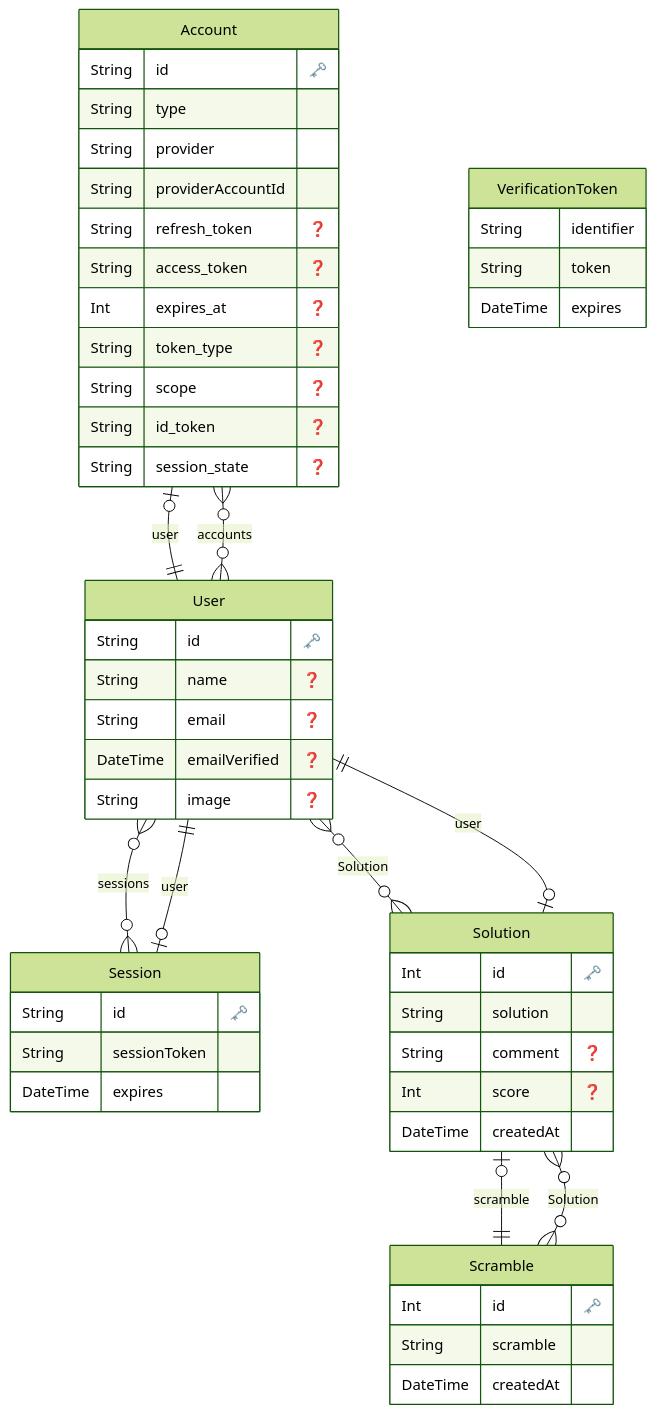
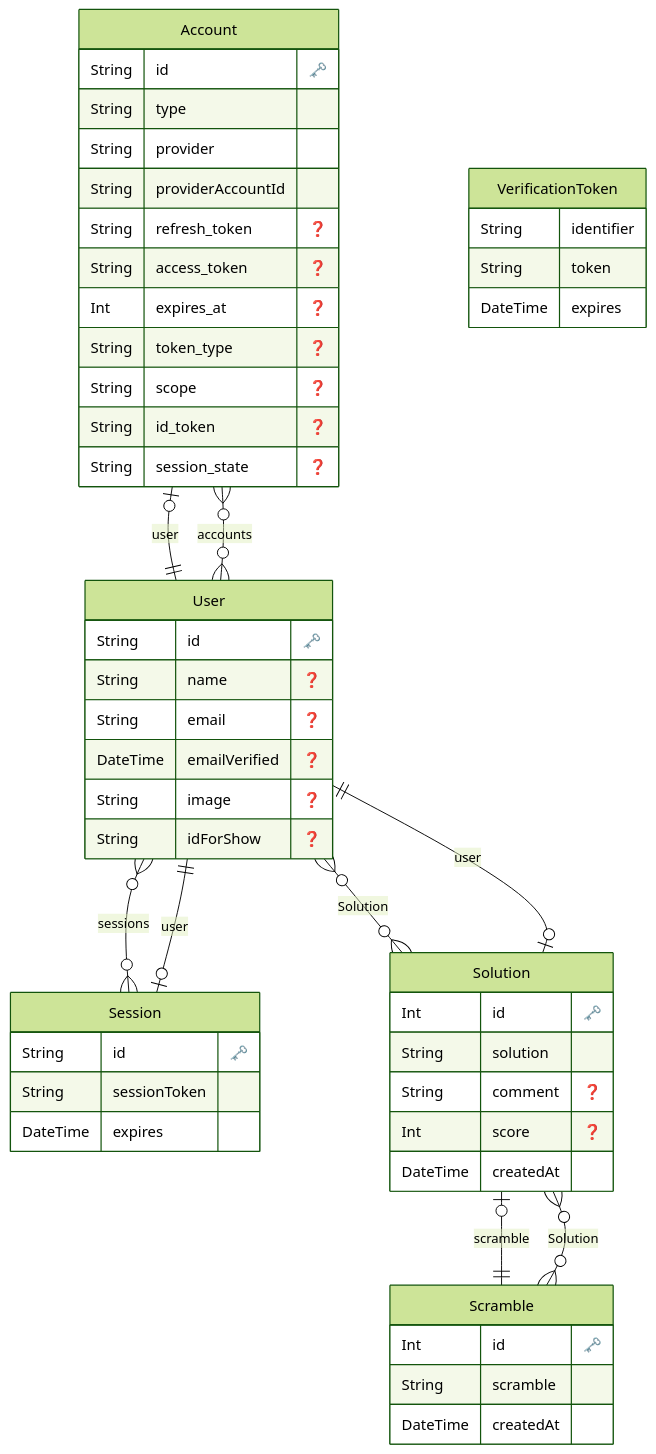
Before and after one commit to sKawashima/fmc-logger: the diagram in prisma/README.md, drawn with Mermaid (forest theme). The commit also changed 2 other files, not shown here.

Commit message:
🔧 chore(prisma): update schema to add 'idForShow' field to User model 🔧 chore(prisma): add migration to create 'idForShow' column in User table and add unique constraint on it

````diff
--- a/prisma/README.md
+++ b/prisma/README.md
@@ -1,65 +1,66 @@
 ```mermaid
 erDiagram
 
   "Account" {
     String id "🗝️"
     String type
     String provider
     String providerAccountId
     String refresh_token "❓"
     String access_token "❓"
     Int expires_at "❓"
     String token_type "❓"
     String scope "❓"
     String id_token "❓"
     String session_state "❓"
     }
 
 
   "Session" {
     String id "🗝️"
     String sessionToken
     DateTime expires
     }
 
 
   "User" {
     String id "🗝️"
     String name "❓"
     String email "❓"
     DateTime emailVerified "❓"
     String image "❓"
+    String idForShow "❓"
     }
 
 
   "VerificationToken" {
     String identifier
     String token
     DateTime expires
     }
 
 
   "Scramble" {
     Int id "🗝️"
     String scramble
     DateTime createdAt
     }
 
 
   "Solution" {
     Int id "🗝️"
     String solution
     String comment "❓"
     Int score "❓"
     DateTime createdAt
     }
 
     "Account" o|--|| "User" : "user"
     "Session" o|--|| "User" : "user"
     "User" o{--}o "Account" : "accounts"
     "User" o{--}o "Session" : "sessions"
     "User" o{--}o "Solution" : "Solution"
     "Scramble" o{--}o "Solution" : "Solution"
     "Solution" o|--|| "Scramble" : "scramble"
     "Solution" o|--|| "User" : "user"
 ```
````
